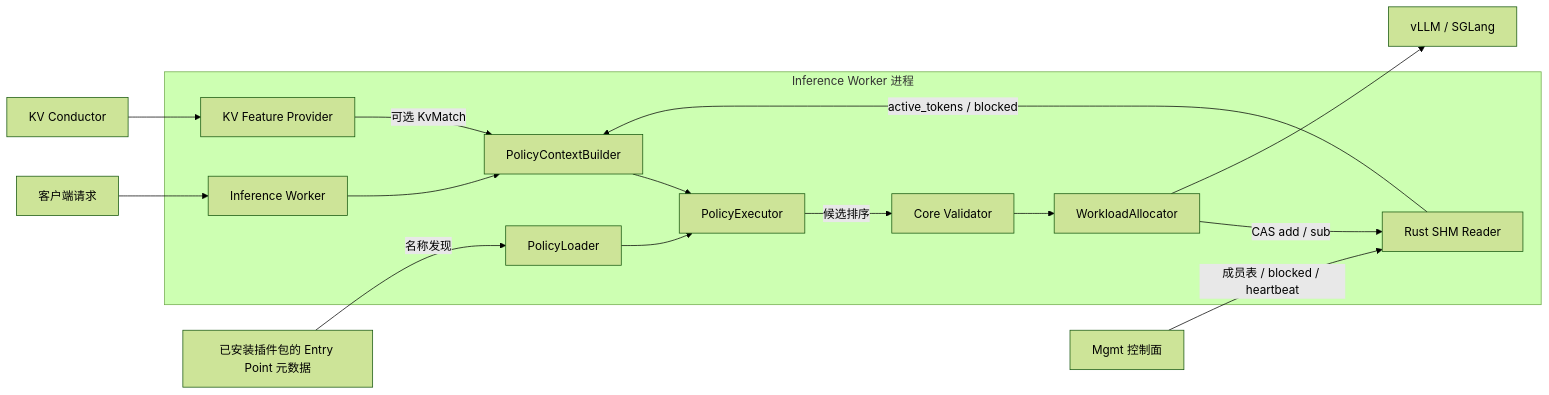
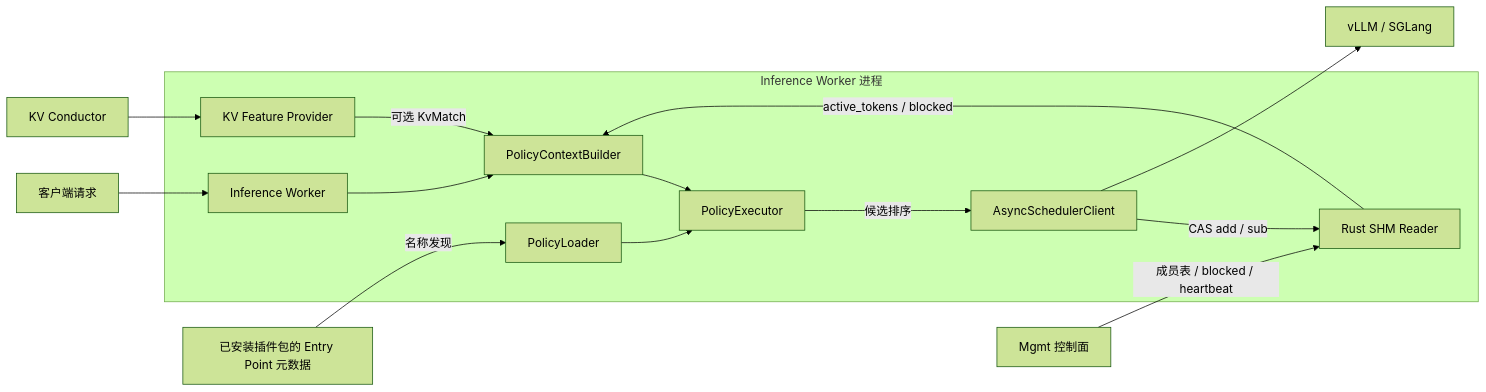
One commit to Lyr-GW/MindIE-PyMotor changed the first of 5 diagrams in docs/zh/design/scheduler_policy_plugin.md. Above: the diagram before and after it, drawn with Mermaid (forest theme). The commit also changed other lines of this file and 17 other files, not shown here.

````diff
--- a/docs/zh/design/scheduler_policy_plugin.md
+++ b/docs/zh/design/scheduler_policy_plugin.md
@@ -52,20 +53,19 @@
 ```mermaid
 flowchart LR
     Client[客户端请求] --> Worker[Inference Worker]
 
     subgraph WorkerProcess[Inference Worker 进程]
         Worker --> ContextBuilder[PolicyContextBuilder]
         ShmReader[Rust SHM Reader] -->|active_tokens / blocked| ContextBuilder
         KvProvider[KV Feature Provider] -->|可选 KvMatch| ContextBuilder
         ContextBuilder --> Executor[PolicyExecutor]
         Loader[PolicyLoader] --> Executor
-        Executor -->|候选排序| Validator[Core Validator]
-        Validator --> Allocator[WorkloadAllocator]
-        Allocator -->|CAS add / sub| ShmReader
+        Executor -->|候选排序| SchedClient[AsyncSchedulerClient]
+        SchedClient -->|CAS add / sub| ShmReader
     end
 
     Mgmt[Mgmt 控制面] -->|成员表 / blocked / heartbeat| ShmReader
     Conductor[KV Conductor] --> KvProvider
     Package[已安装插件包的 Entry Point 元数据] -->|名称发现| Loader
-    Allocator --> Engine[vLLM / SGLang]
+    SchedClient --> Engine[vLLM / SGLang]
 ```
````
